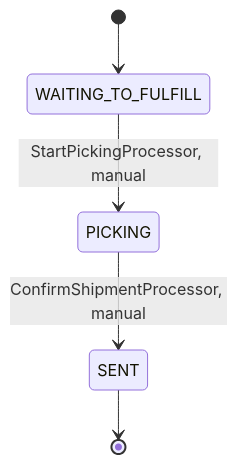
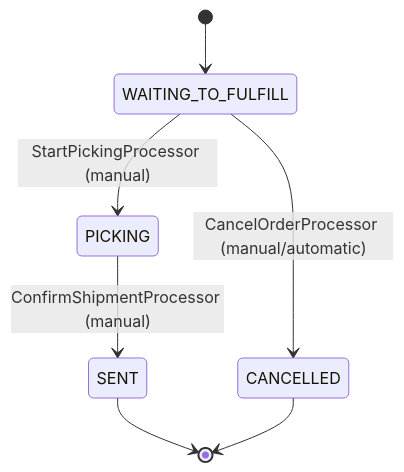
Before and after one commit to Cyoda-platform/java-client-template: the fourth of 5 diagrams in src/main/java/com/java_template/prototype/functional_requirement.md, drawn with Mermaid. The commit also changed other lines of this file, not shown here.

````diff
--- a/src/main/java/com/java_template/prototype/functional_requirement.md
+++ b/src/main/java/com/java_template/prototype/functional_requirement.md
@@ -120,7 +213,9 @@
 ```mermaid
 stateDiagram-v2
     [*] --> WAITING_TO_FULFILL
-    WAITING_TO_FULFILL --> PICKING : StartPickingProcessor, manual
-    PICKING --> SENT : ConfirmShipmentProcessor, manual
+    WAITING_TO_FULFILL --> PICKING : StartPickingProcessor (manual)
+    PICKING --> SENT : ConfirmShipmentProcessor (manual)
+    WAITING_TO_FULFILL --> CANCELLED : CancelOrderProcessor (manual/automatic)
     SENT --> [*]
+    CANCELLED --> [*]
 ```
````
